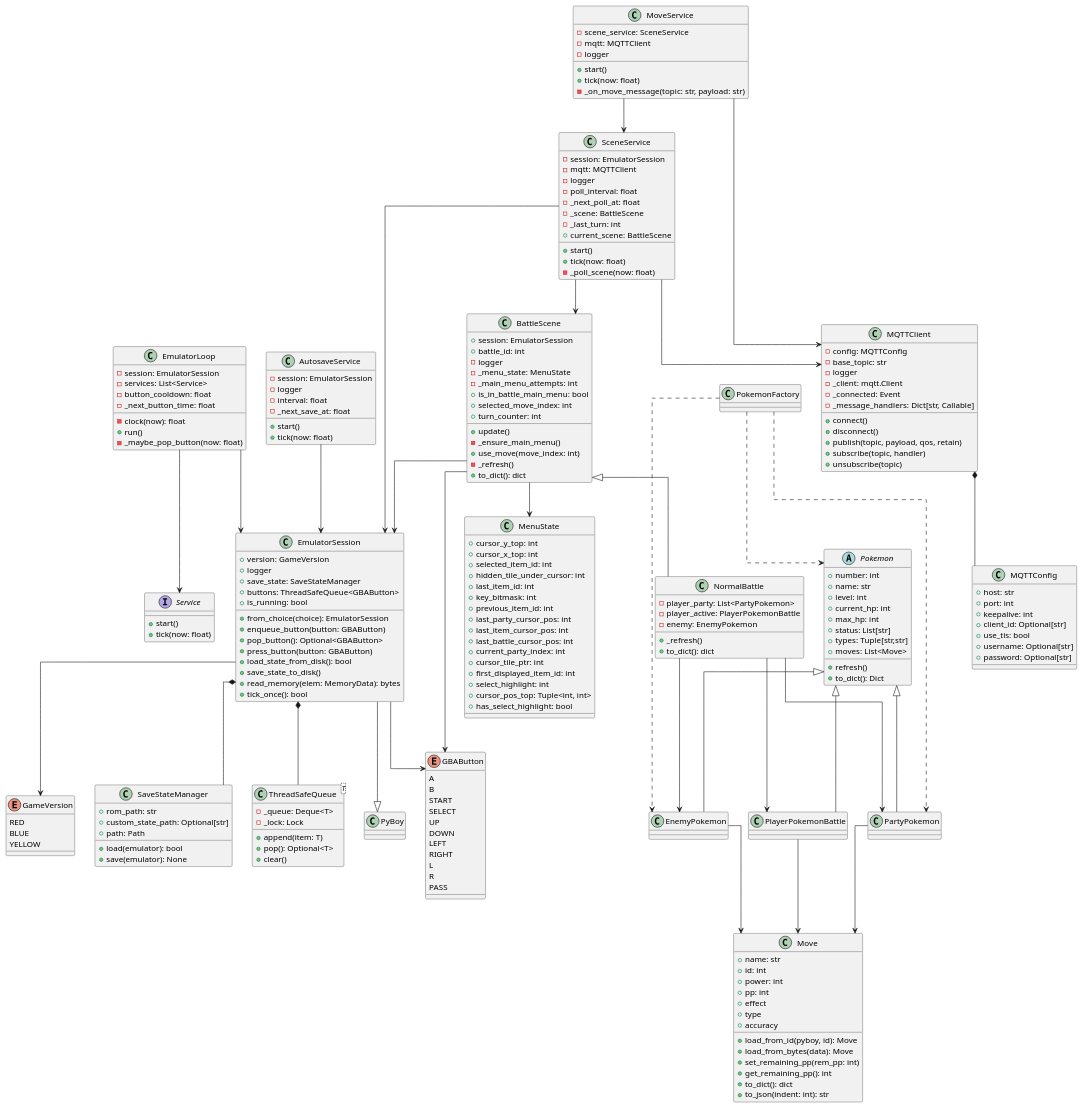
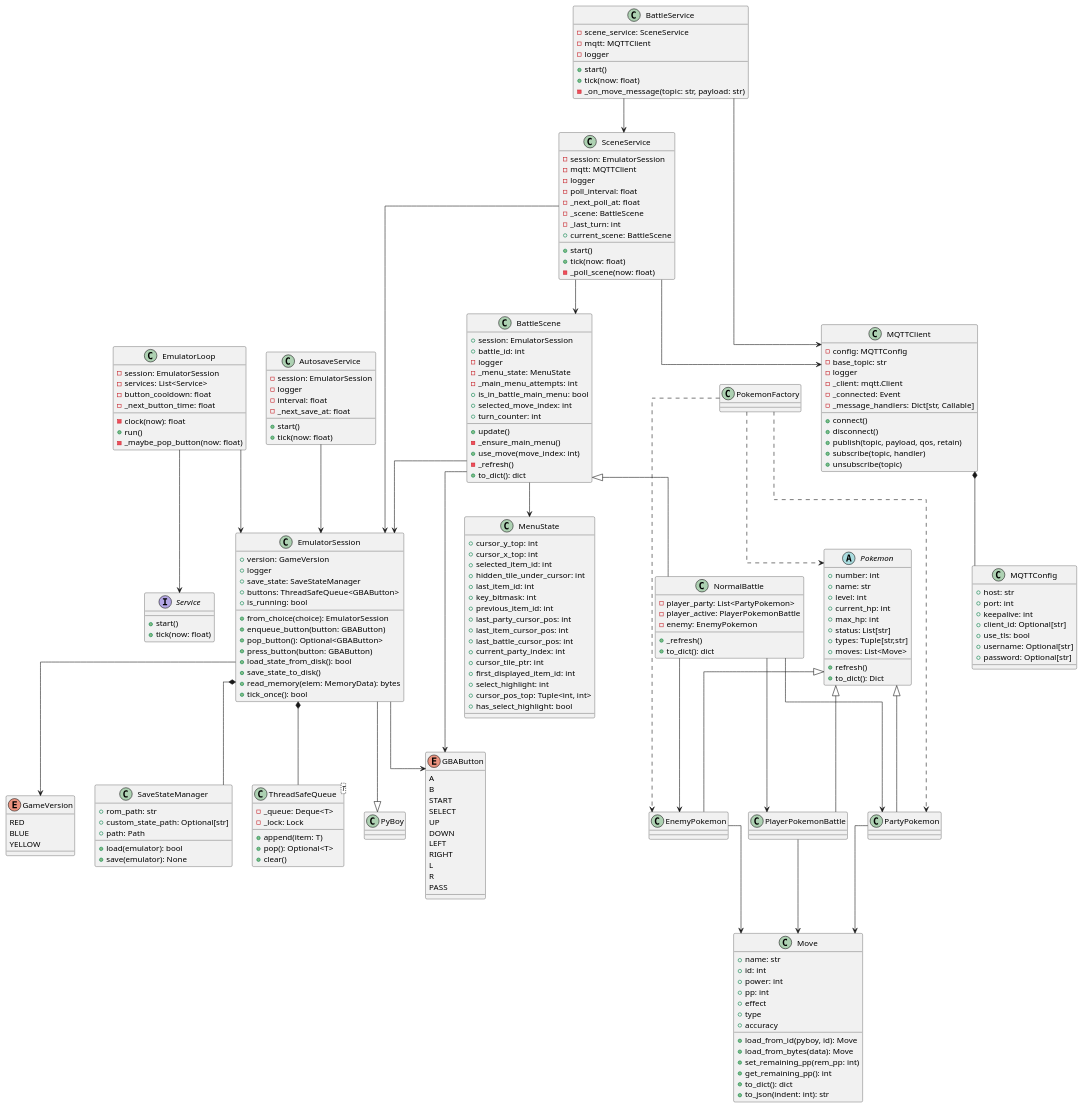
Before and after one commit to irdof321/pokemon-yellow-bot: the diagram in doc/class.puml, drawn with PlantUML. The commit also changed 5 other files, not shown here.

```diff
--- a/doc/class.puml
+++ b/doc/class.puml
@@ -132,7 +132,7 @@
 SceneService --> MQTTClient
 SceneService --> BattleScene
 
-class MoveService {
+class BattleService {
   -scene_service: SceneService
   -mqtt: MQTTClient
   -logger
@@ -141,8 +141,8 @@
   -_on_move_message(topic: str, payload: str)
 }
 
-MoveService --> SceneService
-MoveService --> MQTTClient
+BattleService --> SceneService
+BattleService --> MQTTClient
 
 class BattleScene {
   +session: EmulatorSession
```
